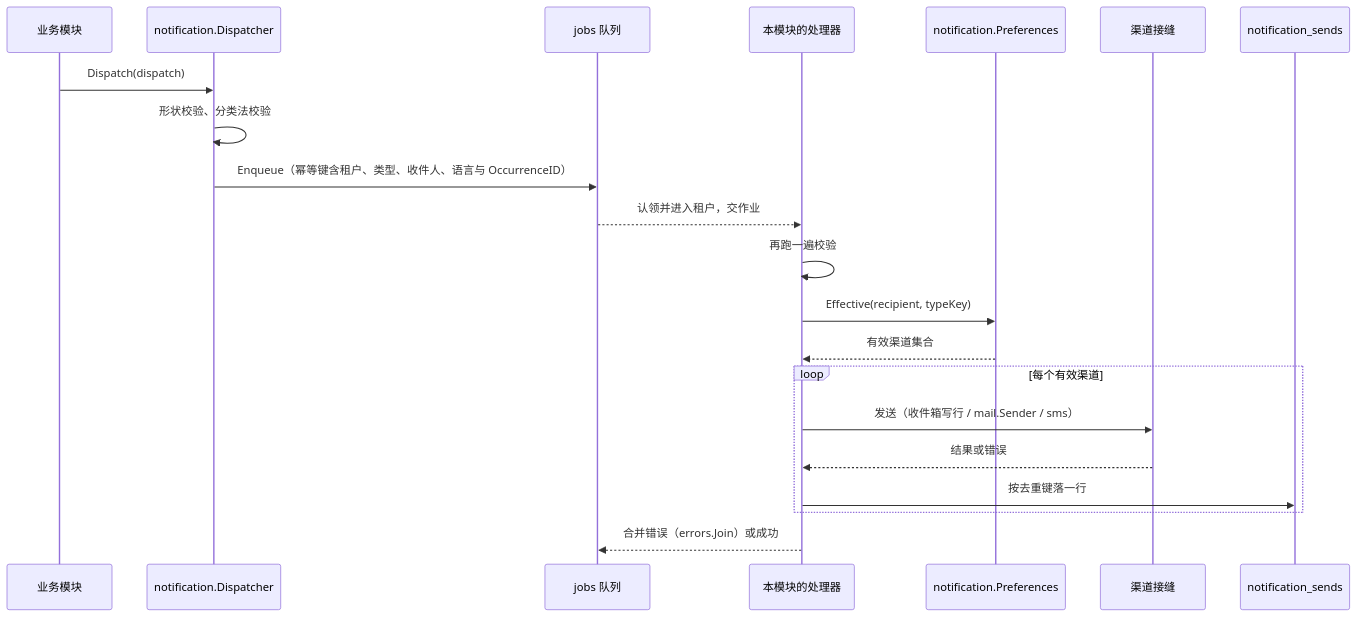
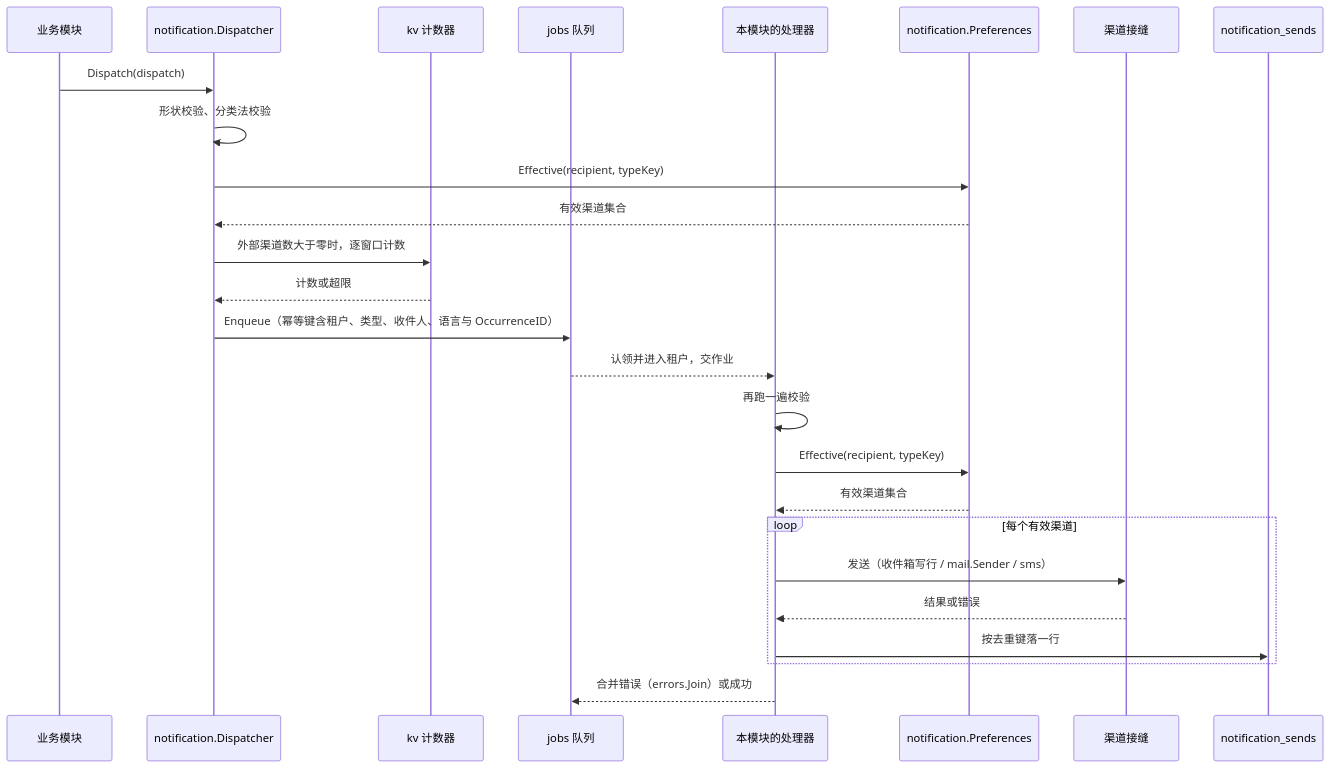
Before and after one commit to wangzw/speed: the first of 2 diagrams in docs/design/modules/notification/design-notification-delivery.md, drawn with Mermaid. The commit also changed other lines of this file and 12 other files, not shown here.

````diff
--- a/docs/design/modules/notification/design-notification-delivery.md
+++ b/docs/design/modules/notification/design-notification-delivery.md
@@ -57,24 +57,29 @@
 ```mermaid
 sequenceDiagram
     participant P as 业务模块
     participant D as notification.Dispatcher
+    participant K as kv 计数器
     participant Q as jobs 队列
     participant H as 本模块的处理器
     participant R as notification.Preferences
     participant S as 渠道接缝
     participant L as notification_sends
 
     P->>D: Dispatch(dispatch)
     D->>D: 形状校验、分类法校验
+    D->>R: Effective(recipient, typeKey)
+    R-->>D: 有效渠道集合
+    D->>K: 外部渠道数大于零时，逐窗口计数
+    K-->>D: 计数或超限
     D->>Q: Enqueue（幂等键含租户、类型、收件人、语言与 OccurrenceID）
     Q-->>H: 认领并进入租户，交作业
     H->>H: 再跑一遍校验
     H->>R: Effective(recipient, typeKey)
     R-->>H: 有效渠道集合
     loop 每个有效渠道
         H->>S: 发送（收件箱写行 / mail.Sender / sms）
         S-->>H: 结果或错误
         H->>L: 按去重键落一行
     end
     H-->>Q: 合并错误（errors.Join）或成功
 ```
````
